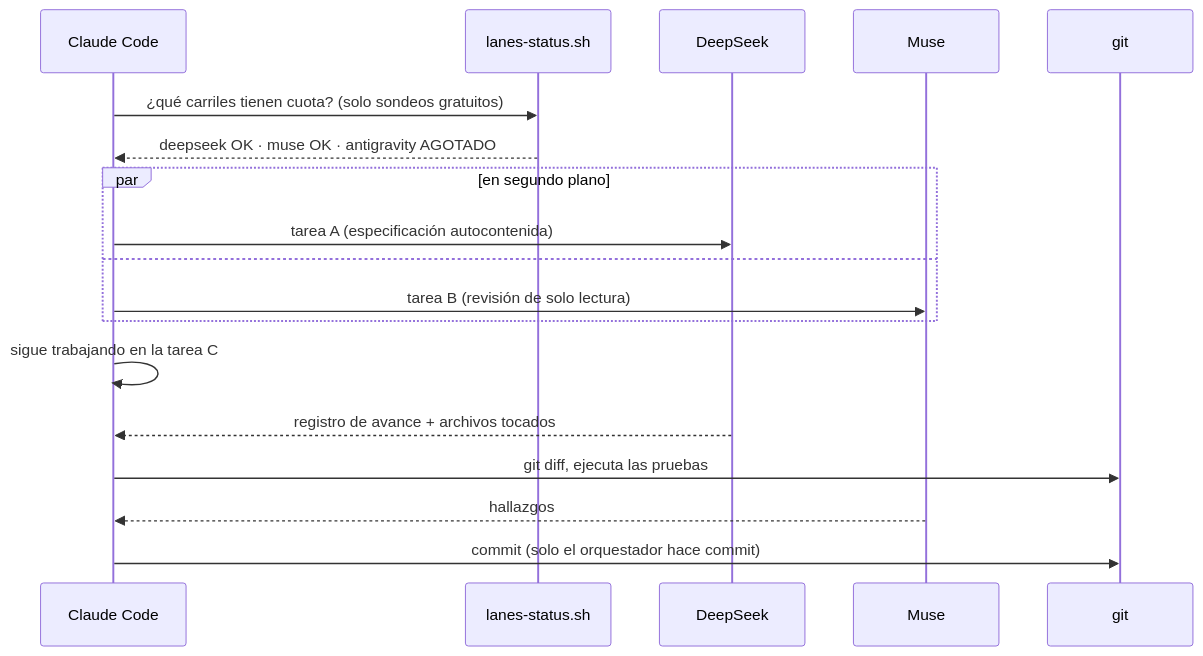
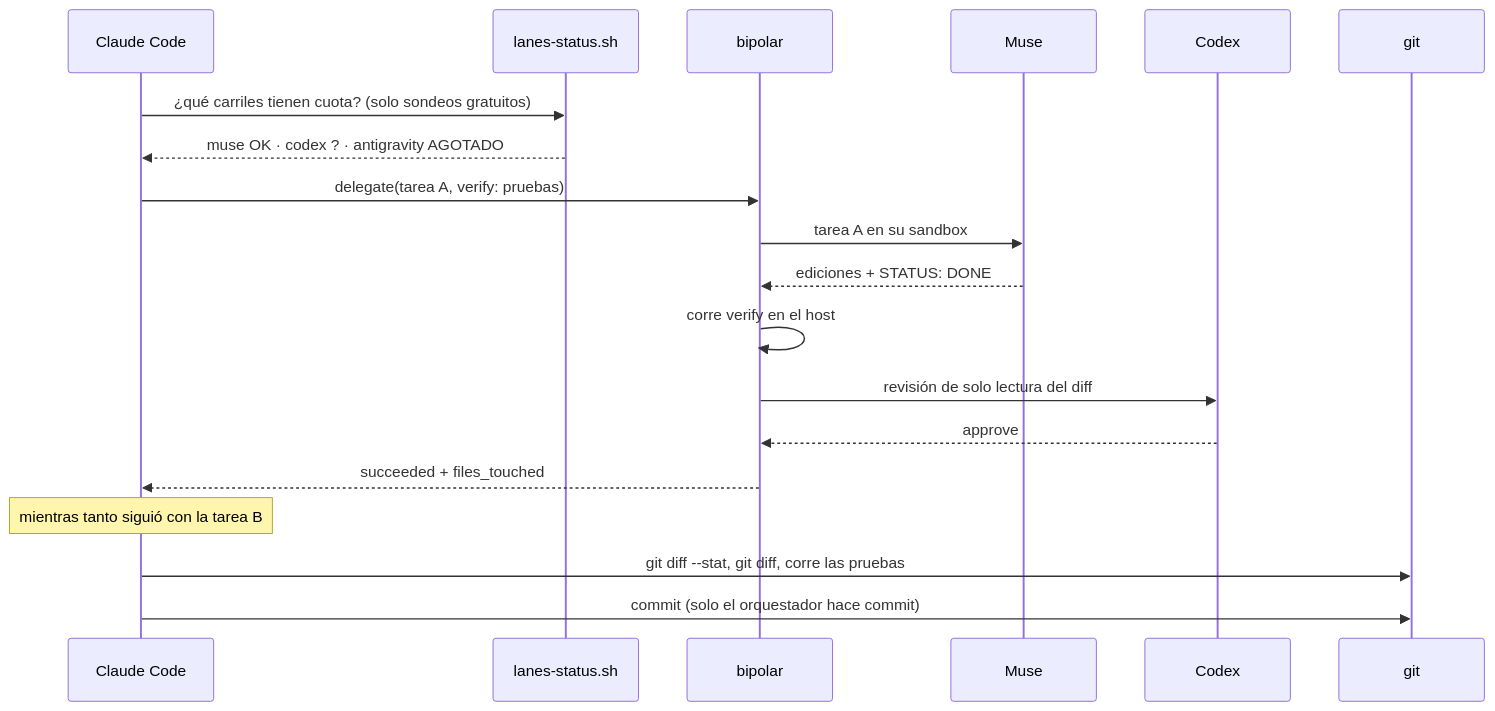
One commit to santiquiroz/claude-delegation-kit changed the third of 3 diagrams in README.es.md. Above: the diagram before and after it, drawn with Mermaid. The commit also changed other lines of this file and 15 other files, not shown here.

First line of the commit message:
feat: bipolar MCP as preferred path, OpenRouter lane, Muse-first order (#1)

````diff
--- a/README.es.md
+++ b/README.es.md
@@ -48,20 +50,21 @@
 ```mermaid
 sequenceDiagram
     participant C as Claude Code
     participant S as lanes-status.sh
-    participant D as DeepSeek
+    participant B as bipolar
     participant M as Muse
+    participant X as Codex
     participant G as git
     C->>S: ¿qué carriles tienen cuota? (solo sondeos gratuitos)
-    S-->>C: deepseek OK · muse OK · antigravity AGOTADO
-    par en segundo plano
-        C->>D: tarea A (especificación autocontenida)
-    and
-        C->>M: tarea B (revisión de solo lectura)
-    end
-    C->>C: sigue trabajando en la tarea C
-    D-->>C: registro de avance + archivos tocados
-    C->>G: git diff, ejecuta las pruebas
-    M-->>C: hallazgos
+    S-->>C: muse OK · codex ? · antigravity AGOTADO
+    C->>B: delegate(tarea A, verify: pruebas)
+    B->>M: tarea A en su sandbox
+    M-->>B: ediciones + STATUS: DONE
+    B->>B: corre verify en el host
+    B->>X: revisión de solo lectura del diff
+    X-->>B: approve
+    B-->>C: succeeded + files_touched
+    Note over C: mientras tanto siguió con la tarea B
+    C->>G: git diff --stat, git diff, corre las pruebas
     C->>G: commit (solo el orquestador hace commit)
 ```
````
